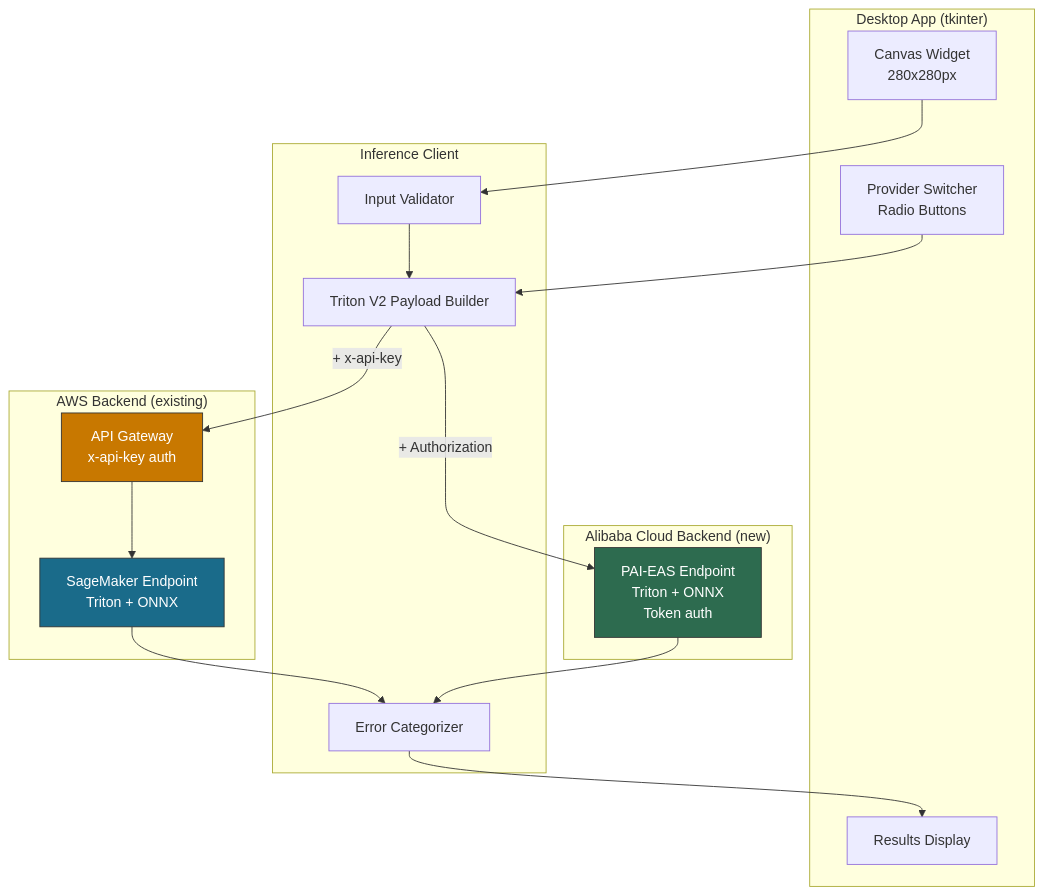
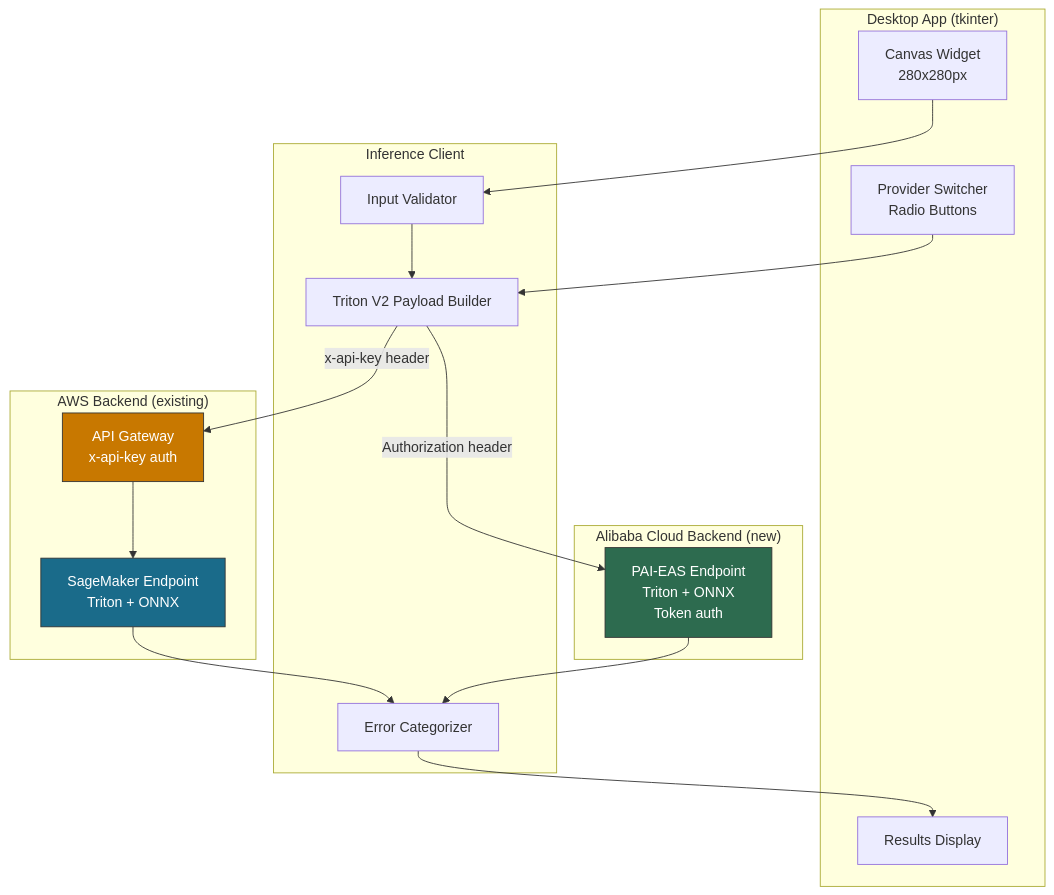
The first of 4 diagrams in .kiro/specs/multi-cloud-inference/design.md (ruhuitay/sagemaker), drawn with Mermaid before and after one commit. The commit also changed other lines of this file and 2 other files, not shown here.

````diff
--- a/.kiro/specs/multi-cloud-inference/design.md
+++ b/.kiro/specs/multi-cloud-inference/design.md
@@ -15,37 +15,37 @@
 ```mermaid
 graph TB
     subgraph Desktop["Desktop App (tkinter)"]
         Canvas[Canvas Widget<br/>280x280px]
         Switcher[Provider Switcher<br/>Radio Buttons]
         Results[Results Display]
     end
 
     subgraph Client["Inference Client"]
         Validator[Input Validator]
         Payload[Triton V2 Payload Builder]
         ErrorHandler[Error Categorizer]
     end
 
     subgraph AWS["AWS Backend (existing)"]
         APIGW[API Gateway<br/>x-api-key auth]
         SM[SageMaker Endpoint<br/>Triton + ONNX]
     end
 
     subgraph Alicloud["Alibaba Cloud Backend (new)"]
         EAS[PAI-EAS Endpoint<br/>Triton + ONNX<br/>Token auth]
     end
 
     Canvas --> Validator
     Validator --> Payload
     Switcher --> Payload
-    Payload -->|+ x-api-key| APIGW
-    Payload -->|+ Authorization| EAS
+    Payload -->|x-api-key header| APIGW
+    Payload -->|Authorization header| EAS
     APIGW --> SM
     SM --> ErrorHandler
     EAS --> ErrorHandler
     ErrorHandler --> Results
 
     style APIGW fill:#c87800,stroke:#333,color:#fff
     style SM fill:#1a6b8a,stroke:#333,color:#fff
     style EAS fill:#2d6b4f,stroke:#333,color:#fff
 ```
````
